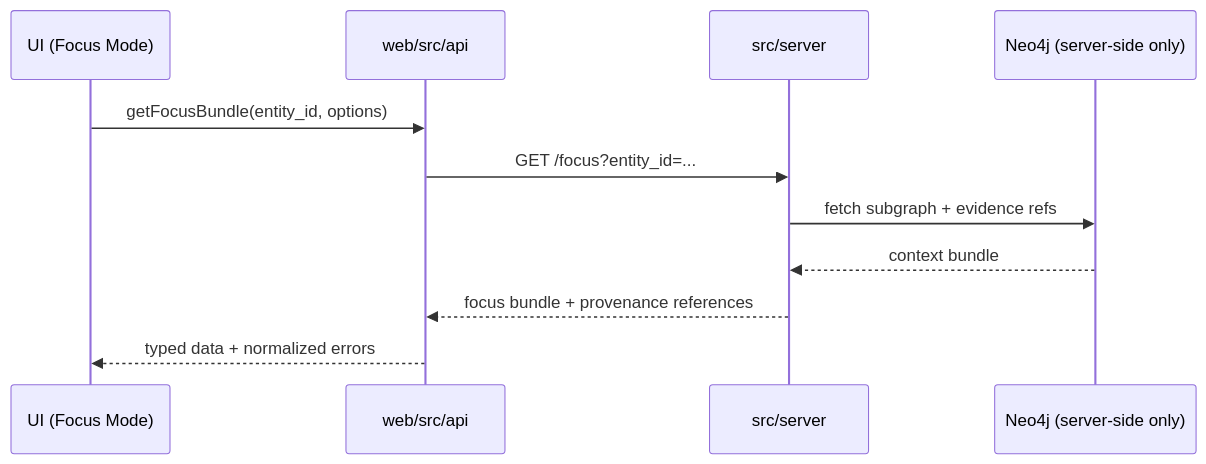
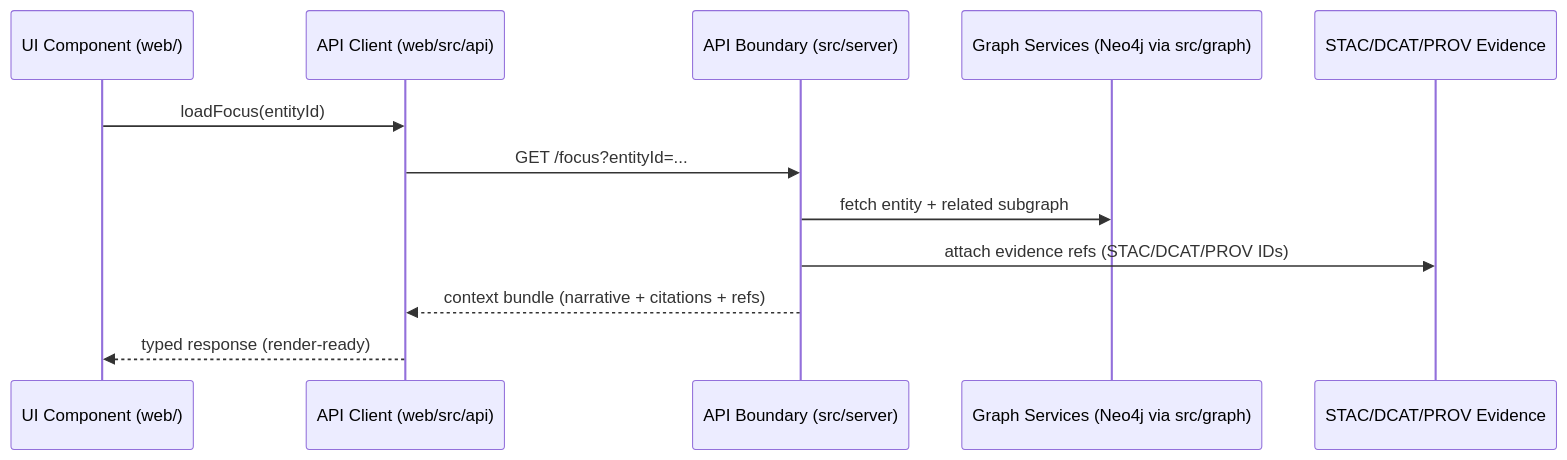
One commit to bartytime4life/Kansas-Frontier-Matrix changed the second of 2 diagrams in web/src/api/README.md. Above: the diagram before and after it, drawn with Mermaid. The commit also changed other lines of this file, not shown here.

First line of the commit message:
Revise README for API Client Layer

```diff
--- a/web/src/api/README.md
+++ b/web/src/api/README.md
@@ -186,14 +216,15 @@
 ~~~mermaid
 sequenceDiagram
-  participant UI as UI (Focus Mode)
-  participant Client as web/src/api
-  participant API as src/server
-  participant Graph as Neo4j (server-side only)
+  participant UI as UI Component (web/)
+  participant APIClient as API Client (web/src/api)
+  participant Server as API Boundary (src/server)
+  participant Graph as Graph Services (Neo4j via src/graph)
+  participant Catalog as STAC/DCAT/PROV Evidence
 
-  UI->>Client: getFocusBundle(entity_id, options)
-  Client->>API: GET /focus?entity_id=...
-  API->>Graph: fetch subgraph + evidence refs
-  Graph-->>API: context bundle
-  API-->>Client: focus bundle + provenance references
-  Client-->>UI: typed data + normalized errors
+  UI->>APIClient: loadFocus(entityId)
+  APIClient->>Server: GET /focus?entityId=...
+  Server->>Graph: fetch entity + related subgraph
+  Server->>Catalog: attach evidence refs (STAC/DCAT/PROV IDs)
+  Server-->>APIClient: context bundle (narrative + citations + refs)
+  APIClient-->>UI: typed response (render-ready)
 ~~~
```
